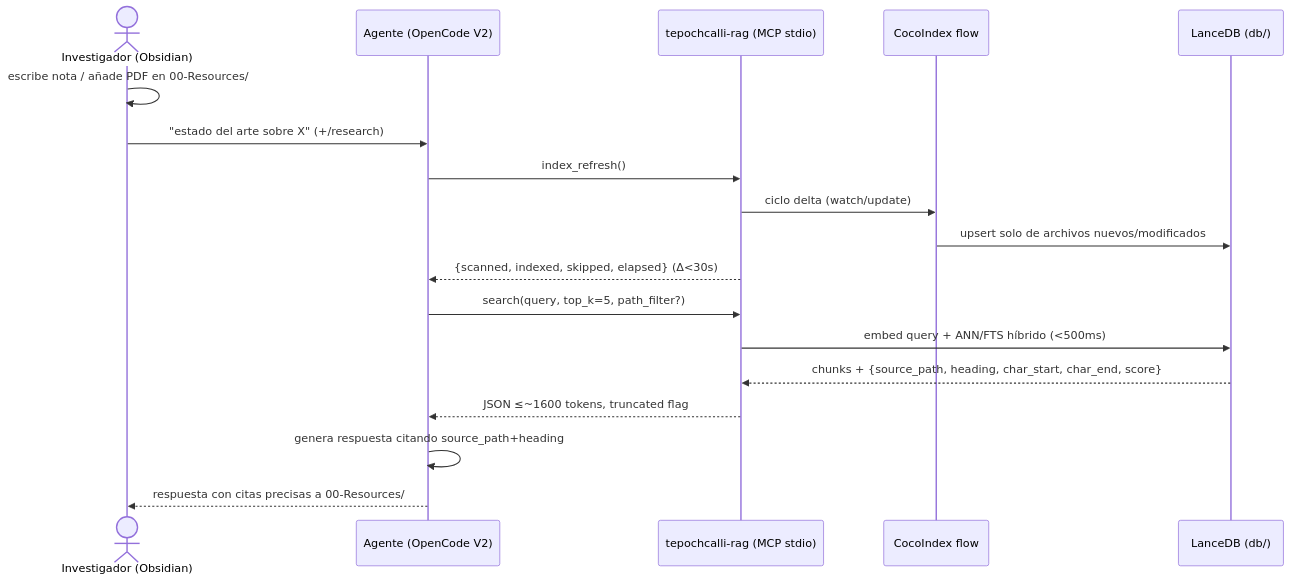
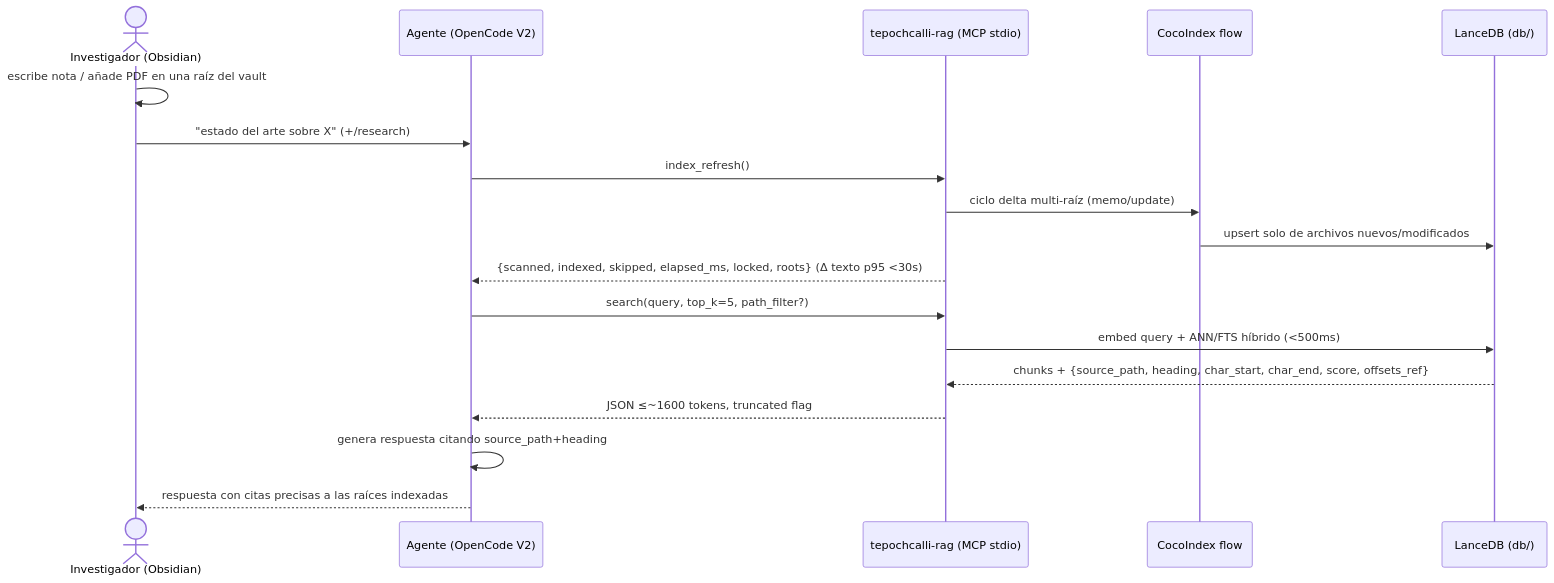
Before and after one commit to Fisherk2/tepochcalli-opencode: the second of 5 diagrams in docs/ARCHITECTURE.md, drawn with Mermaid. The commit also changed other lines of this file and 2565 other files, not shown here.

````diff
--- a/docs/ARCHITECTURE.md
+++ b/docs/ARCHITECTURE.md
@@ -63,21 +61,21 @@
 ```mermaid
 sequenceDiagram
     actor U as Investigador (Obsidian)
     participant A as Agente (OpenCode V2)
     participant S as tepochcalli-rag (MCP stdio)
     participant F as CocoIndex flow
     participant D as LanceDB (db/)
 
-    U->>U: escribe nota / añade PDF en 00-Resources/
+    U->>U: escribe nota / añade PDF en una raíz del vault
     U->>A: "estado del arte sobre X" (+/research)
     A->>S: index_refresh()
-    S->>F: ciclo delta (watch/update)
+    S->>F: ciclo delta multi-raíz (memo/update)
     F->>D: upsert solo de archivos nuevos/modificados
-    S-->>A: {scanned, indexed, skipped, elapsed} (Δ<30s)
+    S-->>A: {scanned, indexed, skipped, elapsed_ms, locked, roots} (Δ texto p95 <30s)
     A->>S: search(query, top_k=5, path_filter?)
     S->>D: embed query + ANN/FTS híbrido (<500ms)
-    D-->>S: chunks + {source_path, heading, char_start, char_end, score}
+    D-->>S: chunks + {source_path, heading, char_start, char_end, score, offsets_ref}
     S-->>A: JSON ≤~1600 tokens, truncated flag
     A->>A: genera respuesta citando source_path+heading
-    A-->>U: respuesta con citas precisas a 00-Resources/
+    A-->>U: respuesta con citas precisas a las raíces indexadas
 ```
````
